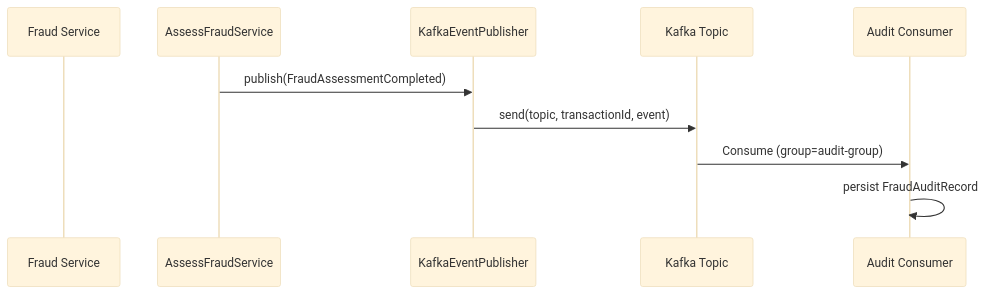
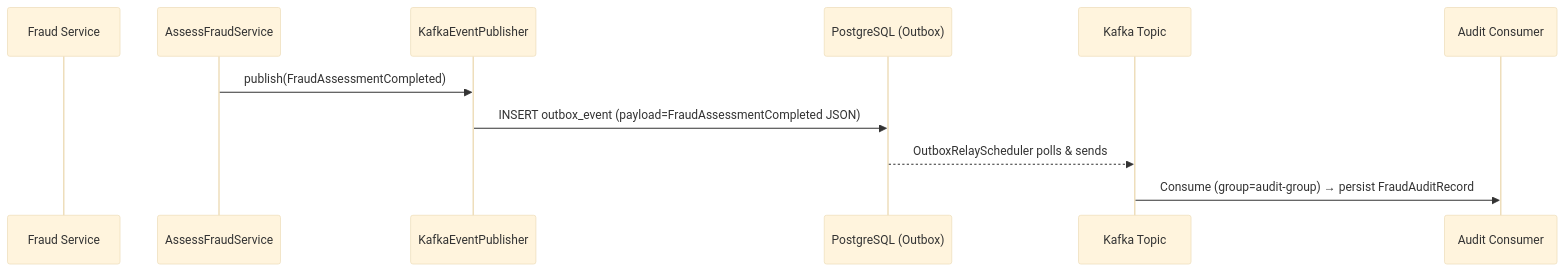
The second of 2 diagrams in docs/obsidian/03 - Domain Events/FraudAssessmentCompleted.md (AlexAlvarezGallardo-GitHub/Aegis), drawn with Mermaid (base theme) before and after one commit. The commit also changed other lines of this file and 87 other files, not shown here.

````diff
--- a/docs/obsidian/03 - Domain Events/FraudAssessmentCompleted.md
+++ b/docs/obsidian/03 - Domain Events/FraudAssessmentCompleted.md
@@ -23,13 +23,14 @@
 ```mermaid
 sequenceDiagram
     participant Fraud as Fraud Service
     participant Svc as AssessFraudService
     participant Pub as KafkaEventPublisher
+    participant DB as PostgreSQL (Outbox)
     participant Kafka as Kafka Topic
     participant Audit as Audit Consumer
 
     Svc->>Pub: publish(FraudAssessmentCompleted)
-    Pub->>Kafka: send(topic, transactionId, event)
-    Kafka->>Audit: Consume (group=audit-group)
-    Audit->>Audit: persist FraudAuditRecord
+    Pub->>DB: INSERT outbox_event (payload=FraudAssessmentCompleted JSON)
+    DB-->>Kafka: OutboxRelayScheduler polls & sends
+    Kafka->>Audit: Consume (group=audit-group) → persist FraudAuditRecord
 ```
````
